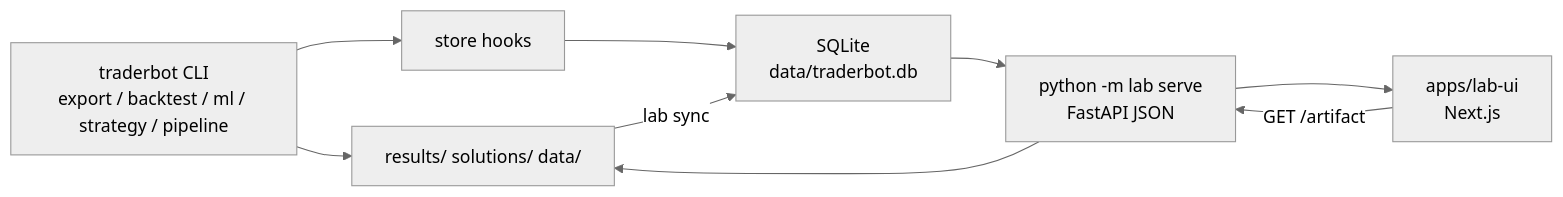
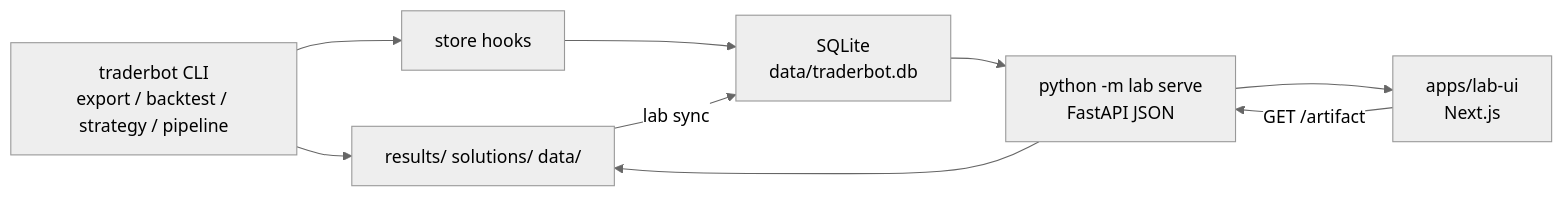
The diagram in docs/lab.md (Amahseyn/traderbot), drawn with Mermaid (neutral theme) before and after one commit. The commit also changed other lines of this file and 88 other files, not shown here.

````diff
--- a/docs/lab.md
+++ b/docs/lab.md
@@ -7,18 +7,18 @@
 ```mermaid
 flowchart LR
-  CLI["traderbot CLI\nexport / backtest / ml / strategy / pipeline"]
+  CLI["traderbot CLI\nexport / backtest / strategy / pipeline"]
   Disk["results/ solutions/ data/"]
   Hooks["store hooks"]
   DB["SQLite\ndata/traderbot.db"]
   API["python -m lab serve\nFastAPI JSON"]
   UI["apps/lab-ui\nNext.js"]
 
   CLI --> Disk
   CLI --> Hooks
   Hooks --> DB
   Disk -->|"lab sync"| DB
   DB --> API
   API --> UI
   UI -->|"GET /artifact"| API
   API --> Disk
 ```
````
